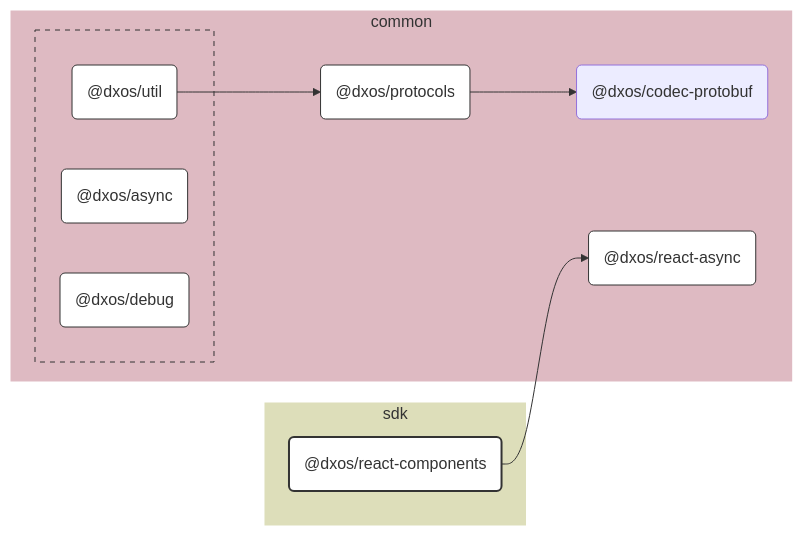
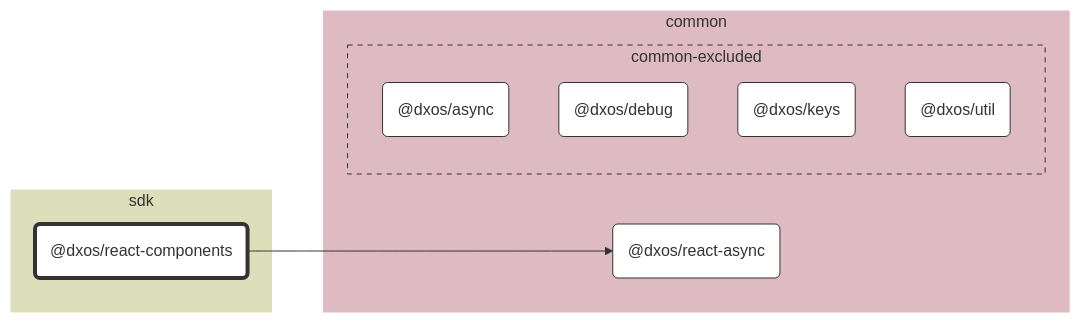
Before and after one commit to dxos/dxos: the diagram in packages/sdk/react-components/docs/README.md, drawn with Mermaid. The commit also changed other lines of this file and 683 other files, not shown here.

````diff
--- a/packages/sdk/react-components/docs/README.md
+++ b/packages/sdk/react-components/docs/README.md
@@ -7,54 +7,39 @@
 ```mermaid
 %%{ init: {'flowchart':{'curve':'basis'}} }%%
 
 flowchart LR
 
-%% Links
-dxos/protocols --> dxos/codec-protobuf;
-dxos/react-components --> dxos/react-async;
-dxos/util --> dxos/protocols;
+%% Classes
+classDef def fill:#fff,stroke:#333,stroke-width:1px
+classDef root fill:#fff,stroke:#333,stroke-width:4px
 
-%% Sections
-subgraph sdk
-  style sdk fill:#dddeba,stroke:#fff;
+%% Nodes
 
-  dxos/react-components("@dxos/react-components")
+subgraph sdk [sdk]
+  style sdk fill:#dddeba,stroke:#fff
+  dxos/react-components("@dxos/react-components"):::root
+  click dxos/react-components "dxos/dxos/tree/main/packages/sdk/react-components/docs"
 end
 
-subgraph common
-  style common fill:#debac2,stroke:#fff;
+subgraph common [common]
+  style common fill:#debac2,stroke:#fff
+  dxos/react-async("@dxos/react-async"):::def
+  click dxos/react-async "dxos/dxos/tree/main/packages/common/react-async/docs"
 
-  dxos/codec-protobuf("@dxos/codec-protobuf")
-  dxos/protocols("@dxos/protocols")
-  dxos/react-async("@dxos/react-async")
-
-  subgraph common-excluded [ ]
-    style common-excluded fill:#debac2,stroke:#333,stroke-dasharray:5 5;
-
-    dxos/async("@dxos/async")
-    dxos/debug("@dxos/debug")
-    dxos/util("@dxos/util")
+  subgraph common-excluded [common-excluded]
+    style common-excluded fill:#debac2,stroke:#333,stroke-dasharray:5 5
+    dxos/async("@dxos/async"):::def
+    click dxos/async "dxos/dxos/tree/main/packages/common/async/docs"
+    dxos/debug("@dxos/debug"):::def
+    click dxos/debug "dxos/dxos/tree/main/packages/common/debug/docs"
+    dxos/keys("@dxos/keys"):::def
+    click dxos/keys "dxos/dxos/tree/main/packages/common/keys/docs"
+    dxos/util("@dxos/util"):::def
+    click dxos/util "dxos/dxos/tree/main/packages/common/util/docs"
   end
 end
 
-
-%% Hyperlinks
-click dxos/async "dxos/dxos/tree/main/packages/common/async/docs";
-click dxos/debug "dxos/dxos/tree/main/packages/common/debug/docs";
-click dxos/protocols "dxos/dxos/tree/main/packages/common/protocols/docs";
-click dxos/react-async "dxos/dxos/tree/main/packages/common/react-async/docs";
-click dxos/util "dxos/dxos/tree/main/packages/common/util/docs";
-
-%% Styles
-classDef rootNode fill:#fff,stroke:#333,stroke-width:2px
-classDef defaultNode fill:#fff,stroke:#333,stroke-width:1px
+%% Links
 linkStyle default stroke:#333,stroke-width:1px
-
-dxos/react-components:::rootNode
-
-dxos/async:::defaultNode
-dxos/debug:::defaultNode
-dxos/protocols:::defaultNode
-dxos/react-async:::defaultNode
-dxos/util:::defaultNode
+dxos/react-components --> dxos/react-async
 ```
````
